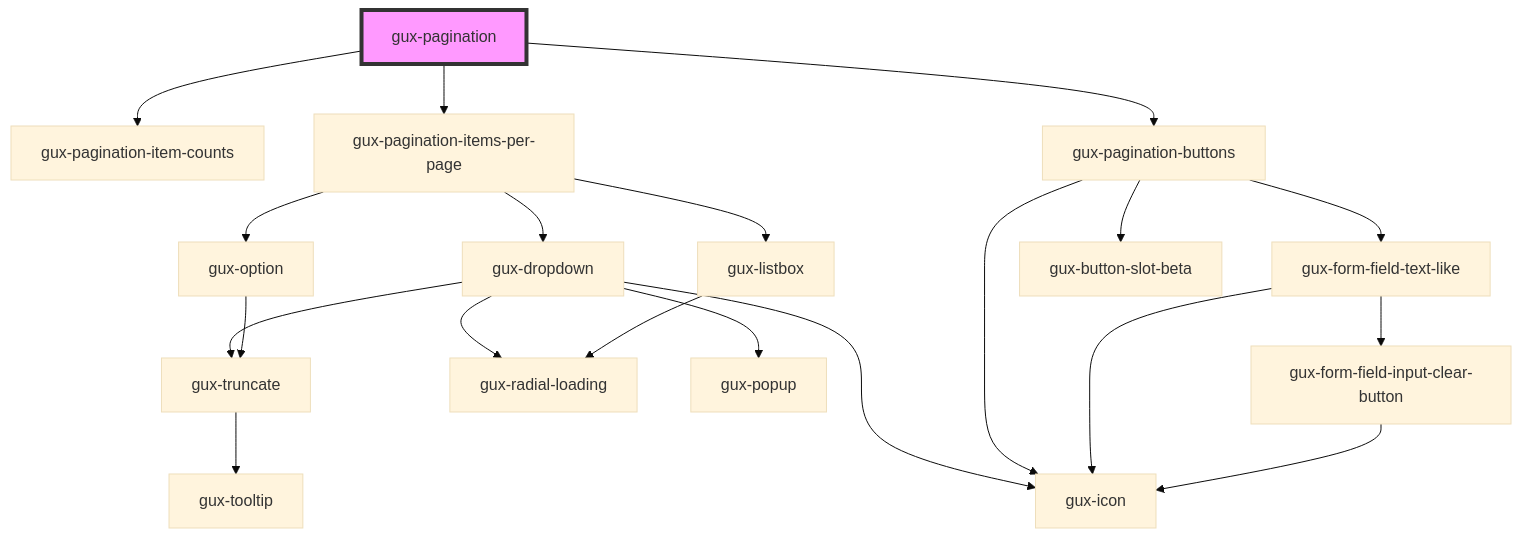
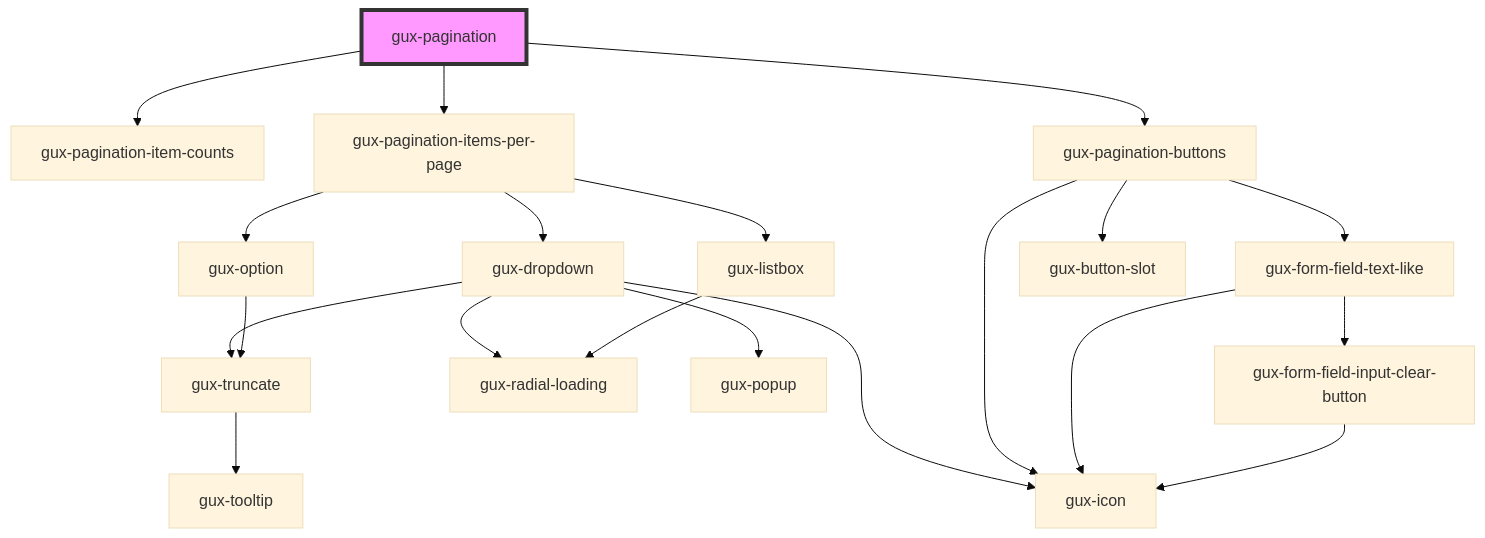
One commit to MyPureCloud/genesys-spark changed the diagram in packages/genesys-spark-components/src/components/stable/gux-pagination/readme.md. Above: the diagram before and after it, drawn with Mermaid (base theme). The commit also changed 73 other files, not shown here.

First line of the commit message:
refactor(gux-button-slot): move to stable

````diff
--- a/packages/genesys-spark-components/src/components/stable/gux-pagination/readme.md
+++ b/packages/genesys-spark-components/src/components/stable/gux-pagination/readme.md
@@ -41,23 +41,23 @@
 ```mermaid
 graph TD;
   gux-pagination --> gux-pagination-item-counts
   gux-pagination --> gux-pagination-items-per-page
   gux-pagination --> gux-pagination-buttons
   gux-pagination-items-per-page --> gux-dropdown
   gux-pagination-items-per-page --> gux-listbox
   gux-pagination-items-per-page --> gux-option
   gux-dropdown --> gux-truncate
   gux-dropdown --> gux-icon
   gux-dropdown --> gux-radial-loading
   gux-dropdown --> gux-popup
   gux-truncate --> gux-tooltip
   gux-listbox --> gux-radial-loading
   gux-option --> gux-truncate
   gux-pagination-buttons --> gux-form-field-text-like
-  gux-pagination-buttons --> gux-button-slot-beta
+  gux-pagination-buttons --> gux-button-slot
   gux-pagination-buttons --> gux-icon
   gux-form-field-text-like --> gux-form-field-input-clear-button
   gux-form-field-text-like --> gux-icon
   gux-form-field-input-clear-button --> gux-icon
   style gux-pagination fill:#f9f,stroke:#333,stroke-width:4px
 ```
````
